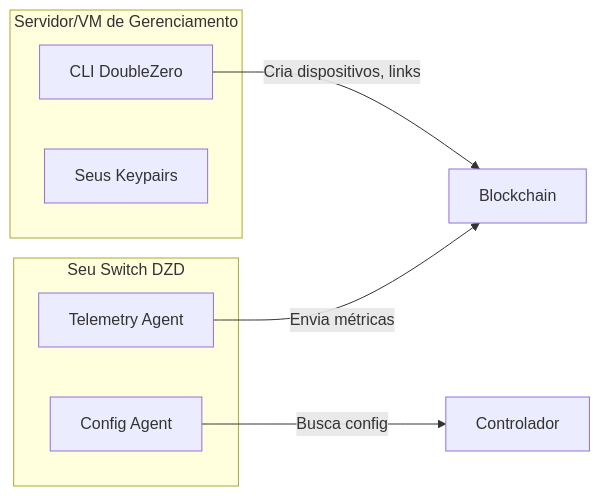
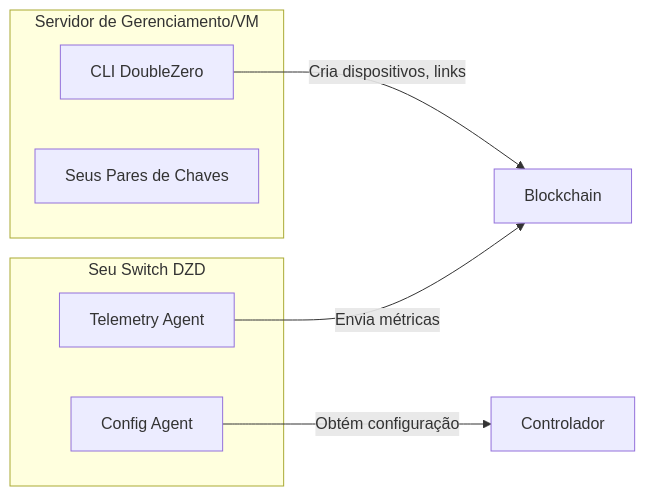
The third of 13 diagrams in docs/contribute-provisioning.pt.md (malbeclabs/docs), drawn with Mermaid before and after one commit. The commit also changed other lines of this file and 160 other files, not shown here.

````diff
--- a/docs/contribute-provisioning.pt.md
+++ b/docs/contribute-provisioning.pt.md
@@ -134,16 +173,16 @@
     ```mermaid
     flowchart LR
-        subgraph "Servidor/VM de Gerenciamento"
+        subgraph "Servidor de Gerenciamento/VM"
             CLI[CLI DoubleZero]
-            KEYS[Seus Keypairs]
+            KEYS[Seus Pares de Chaves]
         end
 
         subgraph "Seu Switch DZD"
             CA[Config Agent]
             TA[Telemetry Agent]
         end
 
         CLI -->|Cria dispositivos, links| BC[Blockchain]
-        CA -->|Busca config| CTRL[Controlador]
+        CA -->|Obtém configuração| CTRL[Controlador]
         TA -->|Envia métricas| BC
     ```
````
